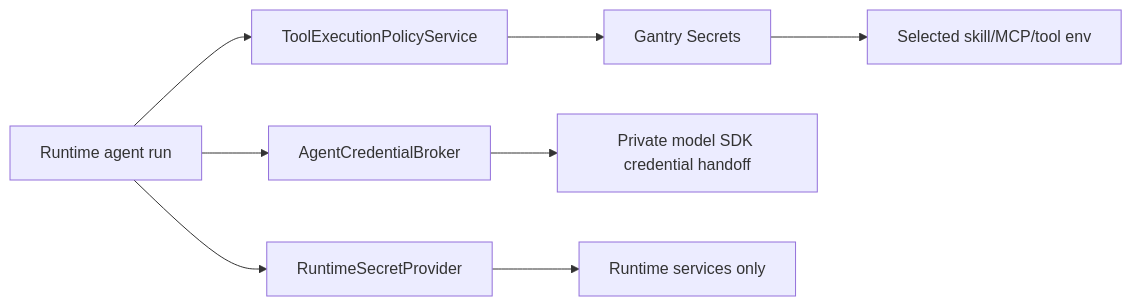
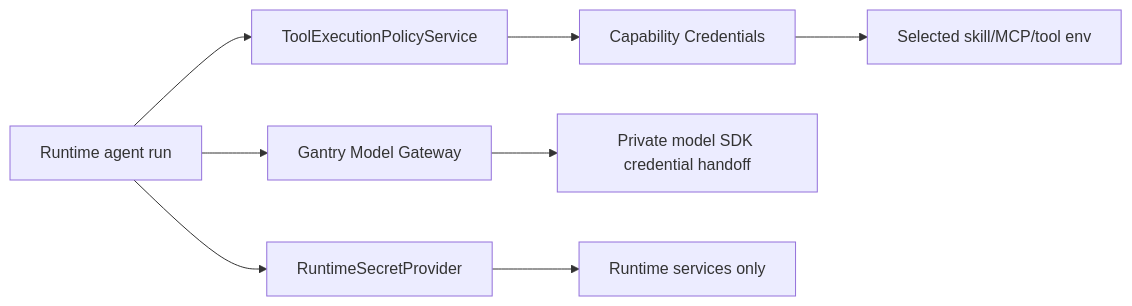
Before and after one commit to cawstudios/Agent.Gantry: the diagram in docs/architecture/credential-management.md, drawn with Mermaid. The commit also changed other lines of this file and 189 other files, not shown here.

Commit message:
feat: add Gantry credential center and model gateway

````diff
--- a/docs/architecture/credential-management.md
+++ b/docs/architecture/credential-management.md
@@ -285,10 +243,10 @@
 ```mermaid
 flowchart LR
   Runtime["Runtime agent run"] --> Policy["ToolExecutionPolicyService"]
-  Policy --> CapabilitySecrets["Gantry Secrets"]
+  Policy --> CapabilitySecrets["Capability Credentials"]
   CapabilitySecrets --> CapabilityEnv["Selected skill/MCP/tool env"]
-  Runtime --> Broker["AgentCredentialBroker"]
+  Runtime --> Broker["Gantry Model Gateway"]
   Broker --> ModelInjection["Private model SDK credential handoff"]
   Runtime --> Secrets["RuntimeSecretProvider"]
   Secrets --> RuntimeOnly["Runtime services only"]
 ```
````
